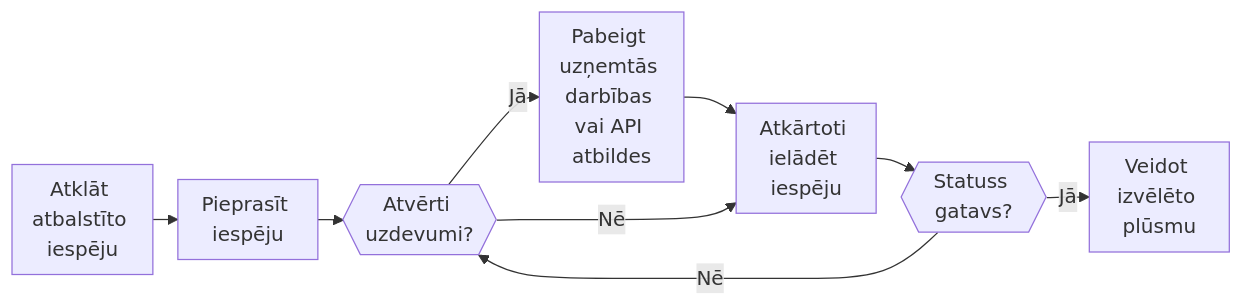
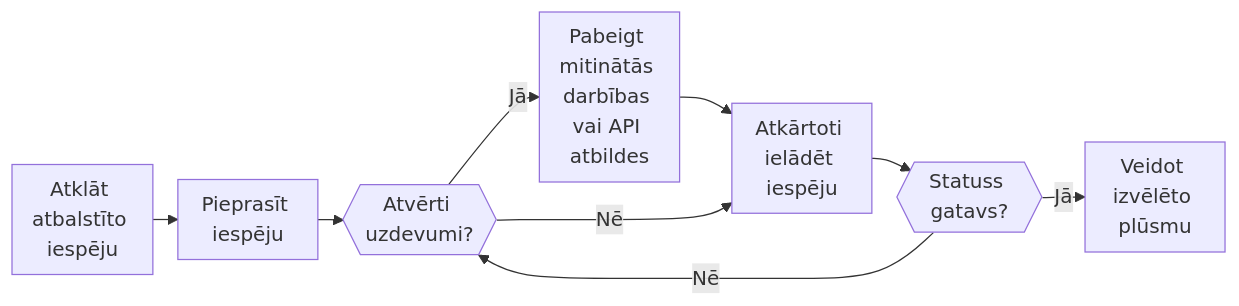
One commit to swipelux/public-docs changed the diagram in lv/integration/onboarding/capabilities-and-requirements.mdx. Above: the diagram before and after it, drawn with Mermaid. The commit also changed other lines of this file and 47 other files, not shown here.

````diff
--- a/lv/integration/onboarding/capabilities-and-requirements.mdx
+++ b/lv/integration/onboarding/capabilities-and-requirements.mdx
@@ -8,12 +8,12 @@
 ```mermaid
 %%{init: {"flowchart": {"rankSpacing": 20, "nodeSpacing": 16, "wrappingWidth": 80, "padding": 8}}}%%
 flowchart LR
   A["Atklāt atbalstīto iespēju"] --> B["Pieprasīt iespēju"]
   B --> C{{"Atvērti uzdevumi?"}}
-  C -->|"Jā"| D["Pabeigt uzņemtās darbības vai API atbildes"]
+  C -->|"Jā"| D["Pabeigt mitinātās darbības vai API atbildes"]
   D --> E["Atkārtoti ielādēt iespēju"]
   C -->|"Nē"| E
   E --> F{{"Statuss gatavs?"}}
   F -->|"Nē"| C
   F -->|"Jā"| G["Veidot izvēlēto plūsmu"]
 ```
````
